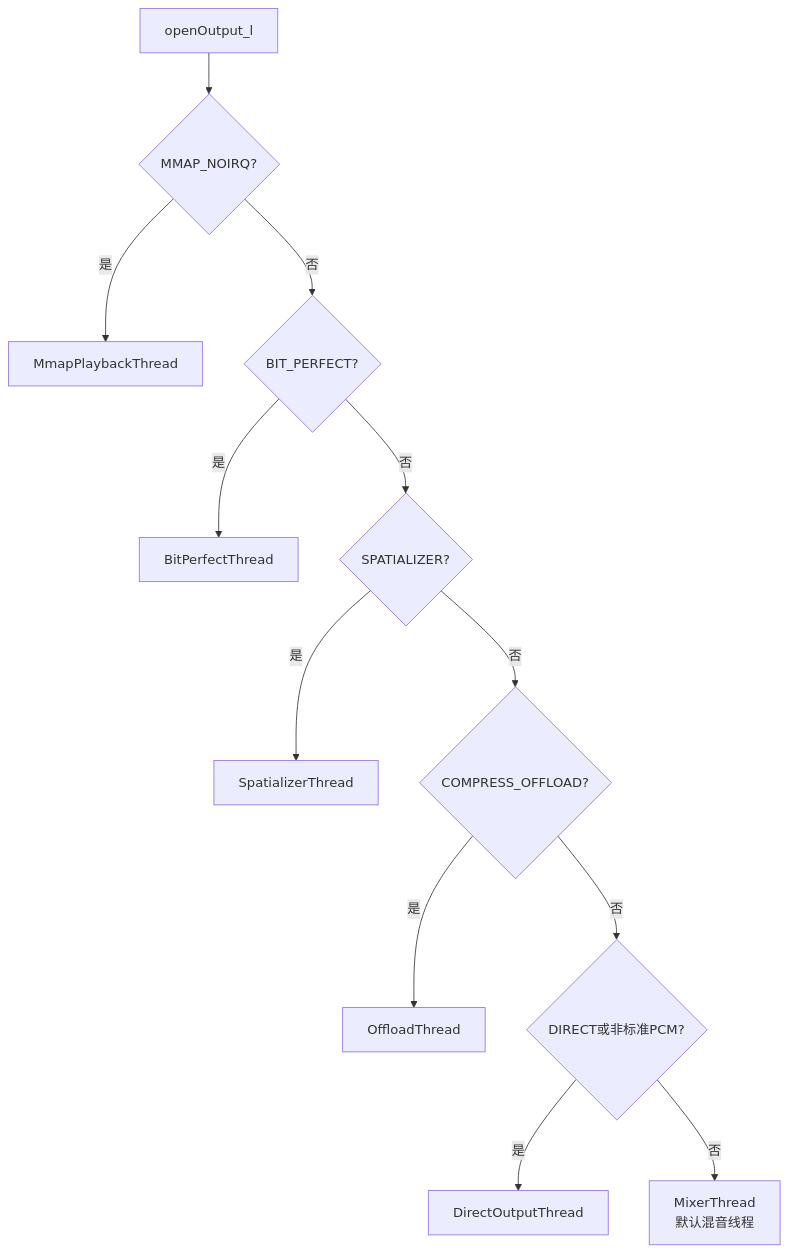
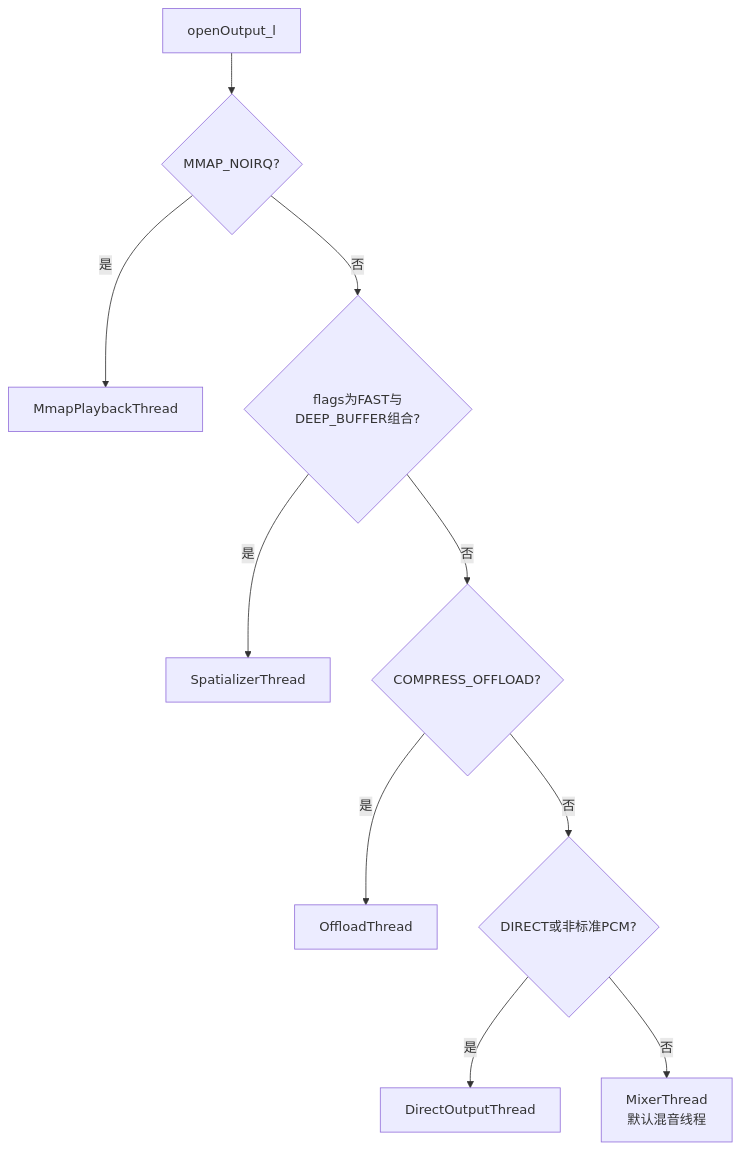
One commit to yanglinzhen1022/SA8295_AAOS_QNX_Audio_KnowledgeBase changed the sixth of 7 diagrams in 05_AudioFlinger/05_5.2_Thread体系-AudioFlinger的核心执行单元.md. Above: the diagram before and after it, drawn with Mermaid. The commit also changed other lines of this file and 12 other files, not shown here.

````diff
--- a/05_AudioFlinger/05_5.2_Thread体系-AudioFlinger的核心执行单元.md
+++ b/05_AudioFlinger/05_5.2_Thread体系-AudioFlinger的核心执行单元.md
@@ -624,14 +624,12 @@
 ```mermaid
 flowchart TD
     A[openOutput_l] --> B{MMAP_NOIRQ?}
     B -->|是| C[MmapPlaybackThread]
-    B -->|否| D{BIT_PERFECT?}
-    D -->|是| E[BitPerfectThread]
-    D -->|否| F{SPATIALIZER?}
+    B -->|否| F{flags为FAST与DEEP_BUFFER组合?}
     F -->|是| G[SpatializerThread]
     F -->|否| H{COMPRESS_OFFLOAD?}
     H -->|是| I[OffloadThread]
     H -->|否| J{DIRECT或非标准PCM?}
     J -->|是| K[DirectOutputThread]
     J -->|否| L[MixerThread<br/>默认混音线程]
 ```
````
